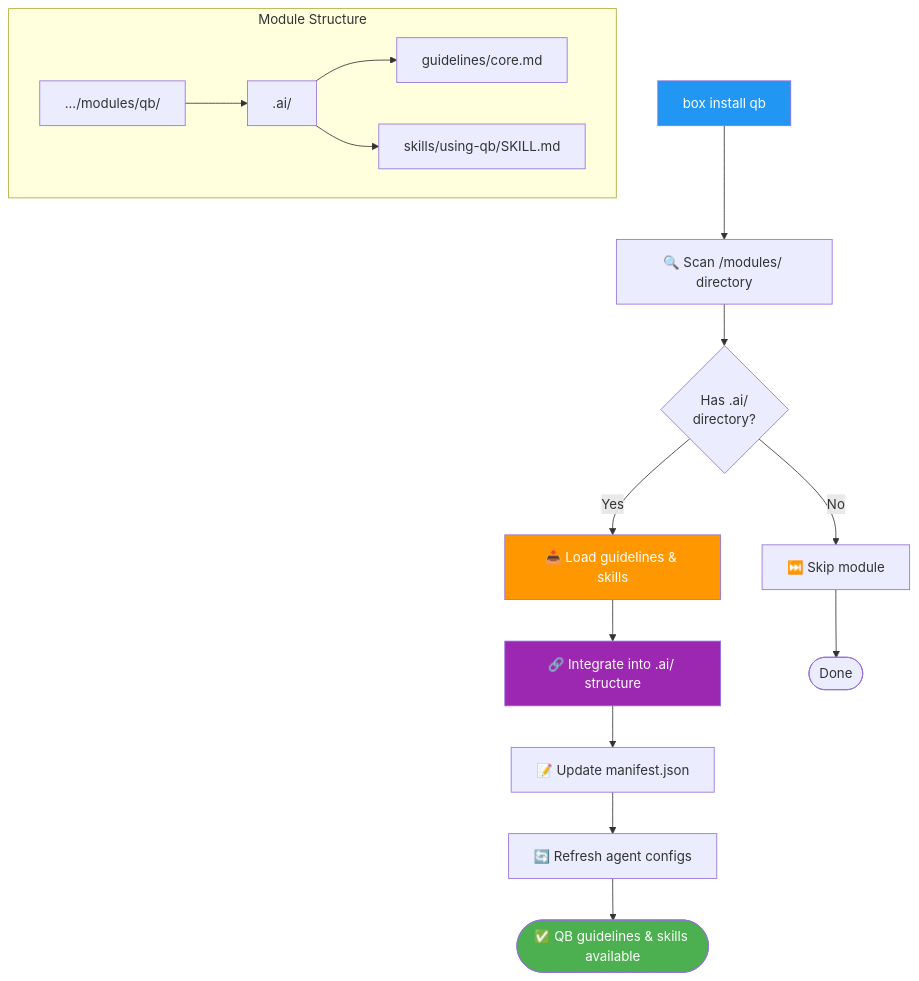
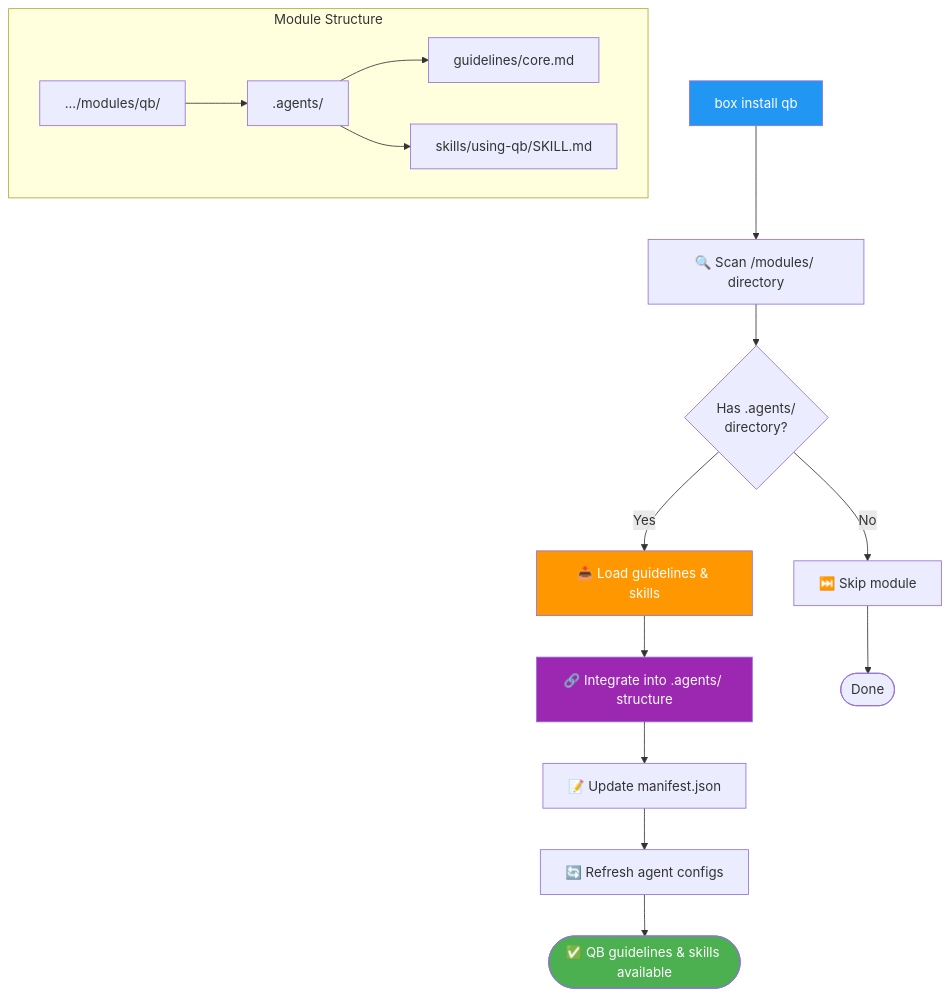
Before and after one commit to ColdBox/coldbox-cli: the eighth of 8 diagrams in AI_INTEGRATION.md, drawn with Mermaid. The commit also changed other lines of this file and 15 other files, not shown here.

````diff
--- a/AI_INTEGRATION.md
+++ b/AI_INTEGRATION.md
@@ -1348,30 +1348,30 @@
 ```mermaid
 flowchart TD
     Install["box install qb"]
     Install --> Scan["🔍 Scan /modules/ directory"]
-    Scan --> Check{"Has .ai/<br/>directory?"}
+    Scan --> Check{"Has .agents/<br/>directory?"}
     Check -->|Yes| Load["📥 Load guidelines & skills"]
     Check -->|No| Skip["⏭️ Skip module"]
-    Load --> Integrate["🔗 Integrate into .ai/ structure"]
+    Load --> Integrate["🔗 Integrate into .agents/ structure"]
     Integrate --> Update["📝 Update manifest.json"]
     Update --> Refresh["🔄 Refresh agent configs"]
     Refresh --> Complete(["✅ QB guidelines & skills available"])
     Skip --> End(["Done"])
 
     subgraph "Module Structure"
         ModuleDir[".../modules/qb/"]
-        ResourceDir[".ai/"]
+        ResourceDir[".agents/"]
         GuidelineFile["guidelines/core.md"]
         SkillFile["skills/using-qb/SKILL.md"]
 
         ModuleDir --> ResourceDir
         ResourceDir --> GuidelineFile
         ResourceDir --> SkillFile
     end
 
     style Install fill:#2196f3,color:#fff
     style Complete fill:#4caf50,color:#fff
     style Load fill:#ff9800,color:#fff
     style Integrate fill:#9c27b0,color:#fff
 
 ```
````
